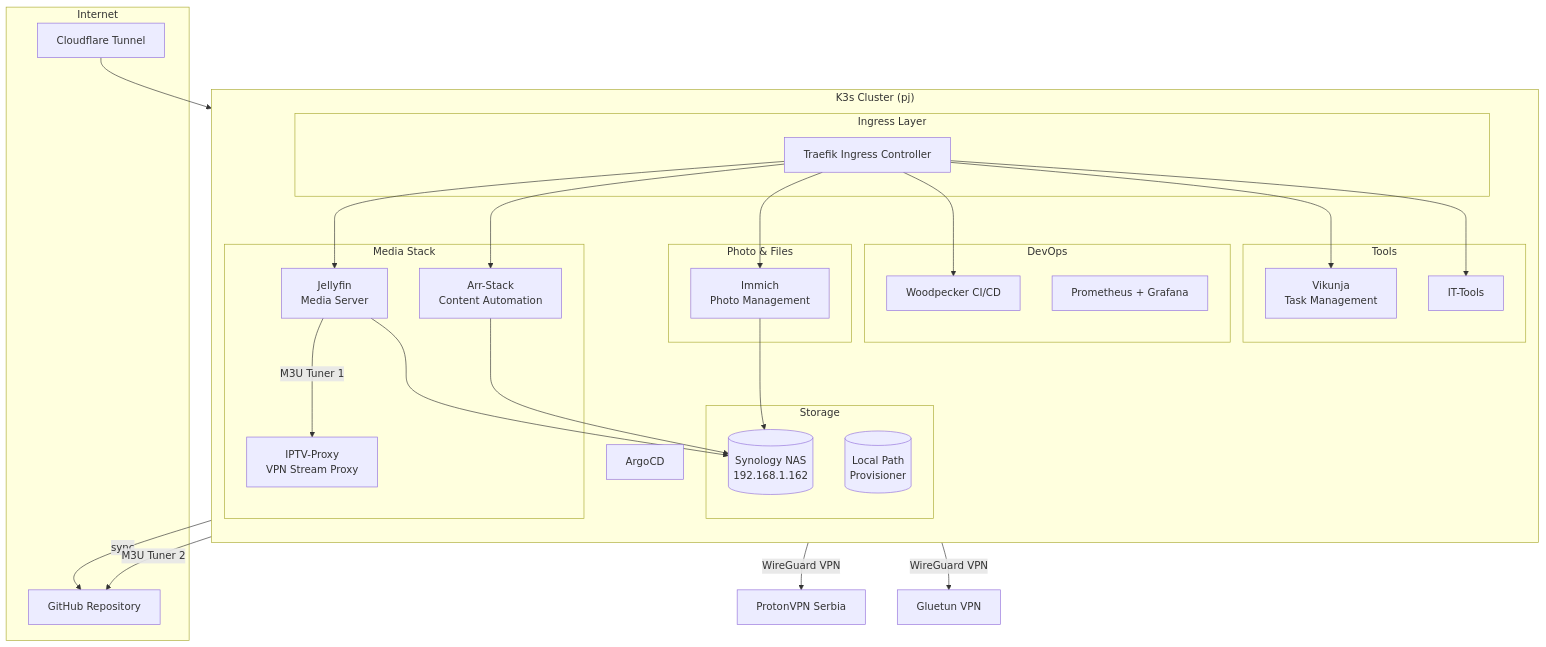
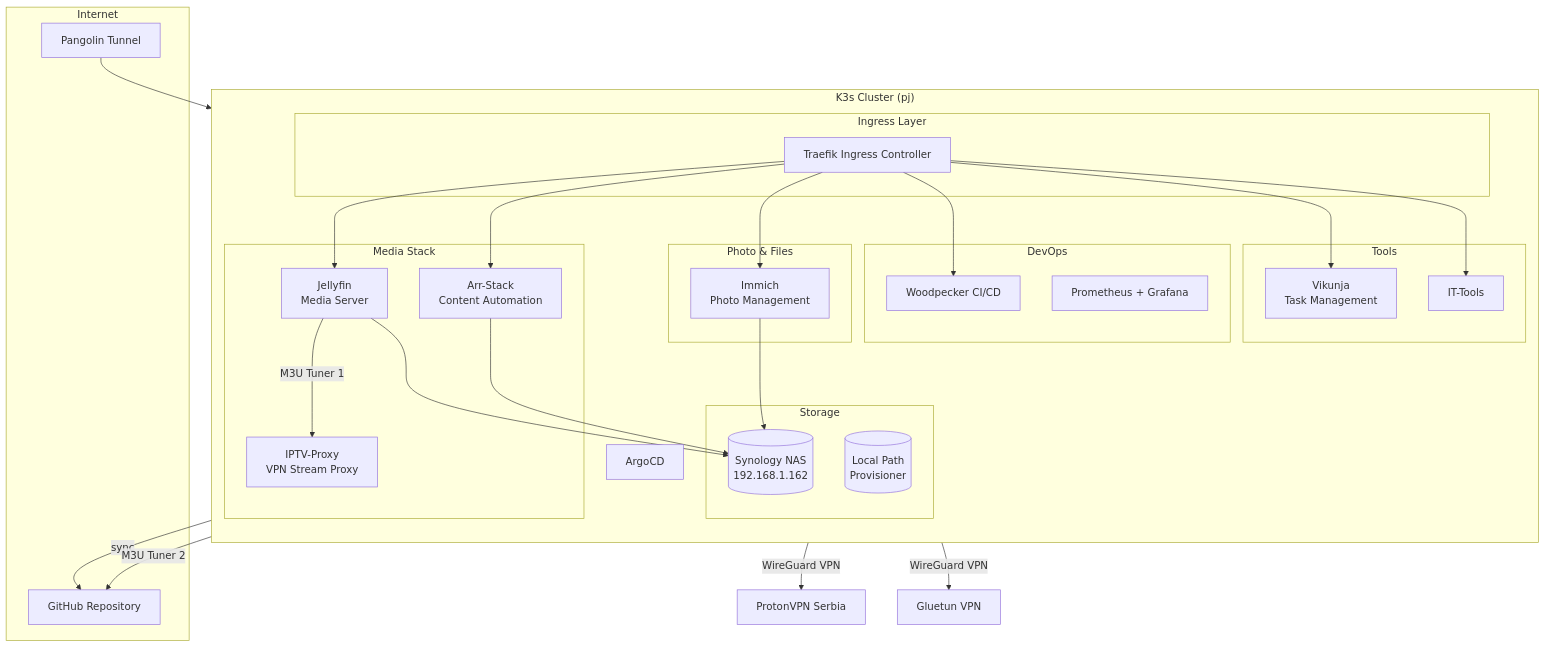
One commit to Petar-Jorgic/cluster changed the first of 3 diagrams in README.md. Above: the diagram before and after it, drawn with Mermaid. The commit also changed other lines of this file and 1 other file, not shown here.

First line of the commit message:
Replace Cloudflare references with Pangolin, add Jellyfin to Grafana

````diff
--- a/README.md
+++ b/README.md
@@ -7,50 +7,50 @@
 ```mermaid
 graph TB
     subgraph Internet
-        CF[Cloudflare Tunnel]
+        PG[Pangolin Tunnel]
         GH[GitHub Repository]
     end
 
     subgraph "K3s Cluster (pj)"
         direction TB
         ARGO[ArgoCD] -->|sync| GH
 
         subgraph "Ingress Layer"
             TRAEFIK[Traefik Ingress Controller]
         end
 
         subgraph "Media Stack"
             JF[Jellyfin<br/>Media Server]
             IPTV[IPTV-Proxy<br/>VPN Stream Proxy]
             ARR[Arr-Stack<br/>Content Automation]
         end
 
         subgraph "Photo & Files"
             IMMICH[Immich<br/>Photo Management]
         end
 
         subgraph "DevOps"
             WP[Woodpecker CI/CD]
             MON[Prometheus + Grafana]
         end
 
         subgraph "Tools"
             VIK[Vikunja<br/>Task Management]
             IT[IT-Tools]
         end
 
         subgraph "Storage"
             NAS[(Synology NAS<br/>192.168.1.162)]
             LOCAL[(Local Path<br/>Provisioner)]
         end
     end
 
-    CF --> TRAEFIK
+    PG --> TRAEFIK
     TRAEFIK --> JF & ARR & IMMICH & WP & VIK & IT
     JF -->|M3U Tuner 1| IPTV
     JF -->|M3U Tuner 2| GH
     IPTV -->|WireGuard VPN| SRB[ProtonVPN Serbia]
     ARR -->|WireGuard VPN| VPN2[Gluetun VPN]
     JF & ARR --> NAS
     IMMICH --> NAS
 ```
````
